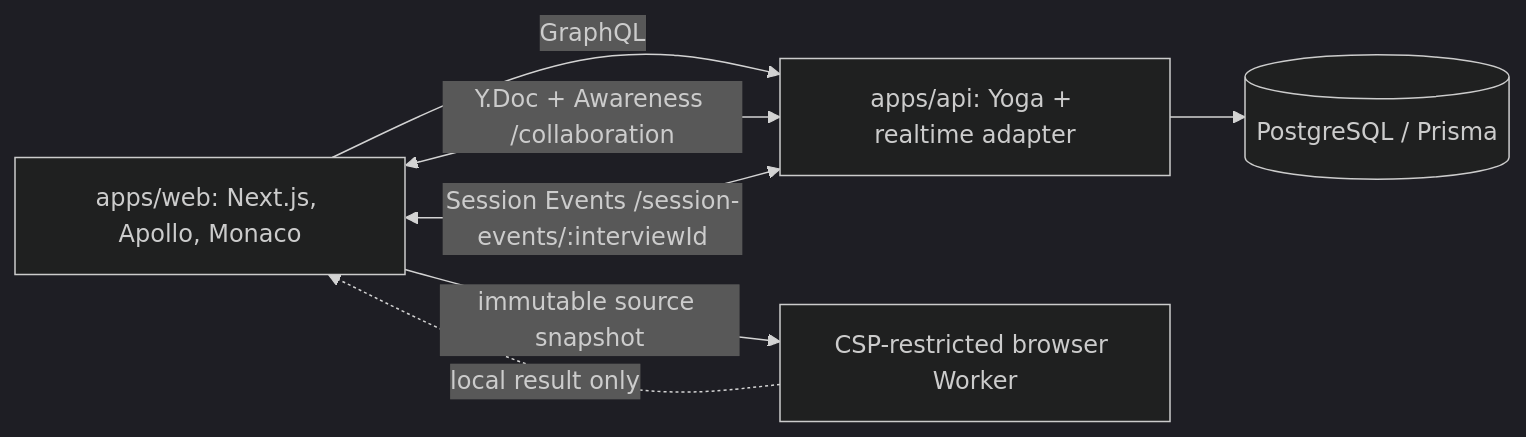
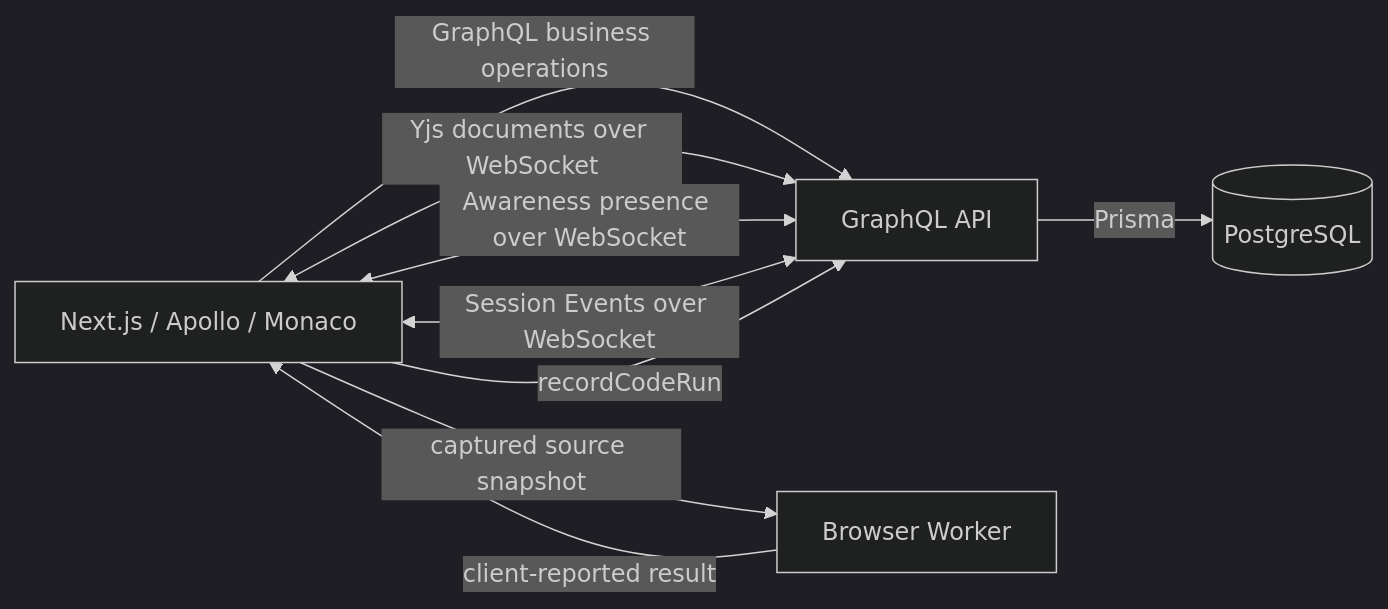
Before and after one commit to Milo78k/codemeet: the diagram in README.md, drawn with Mermaid (dark theme). The commit also changed other lines of this file and 37 other files, not shown here.

````diff
--- a/README.md
+++ b/README.md
@@ -30,9 +30,11 @@
 ```mermaid
 flowchart LR
-  Web["apps/web: Next.js, Apollo, Monaco"] -->|GraphQL| API
-  Web <-->|"Y.Doc + Awareness /collaboration"| API
-  Web <-->|"Session Events /session-events/:interviewId"| API
-  API["apps/api: Yoga + realtime adapter"] --> DB[("PostgreSQL / Prisma")]
-  Web -->|"immutable source snapshot"| Runner["CSP-restricted browser Worker"]
-  Runner -.->|"local result only"| Web
+  UI[Next.js / Apollo / Monaco] -->|GraphQL business operations| API[GraphQL API]
+  API -->|Prisma| DB[(PostgreSQL)]
+  UI <-->|Yjs documents over WebSocket| API
+  UI <-->|Awareness presence over WebSocket| API
+  UI <-->|Session Events over WebSocket| API
+  UI -->|captured source snapshot| Worker[Browser Worker]
+  Worker -->|client-reported result| UI
+  UI -->|recordCodeRun| API
 ```
````
